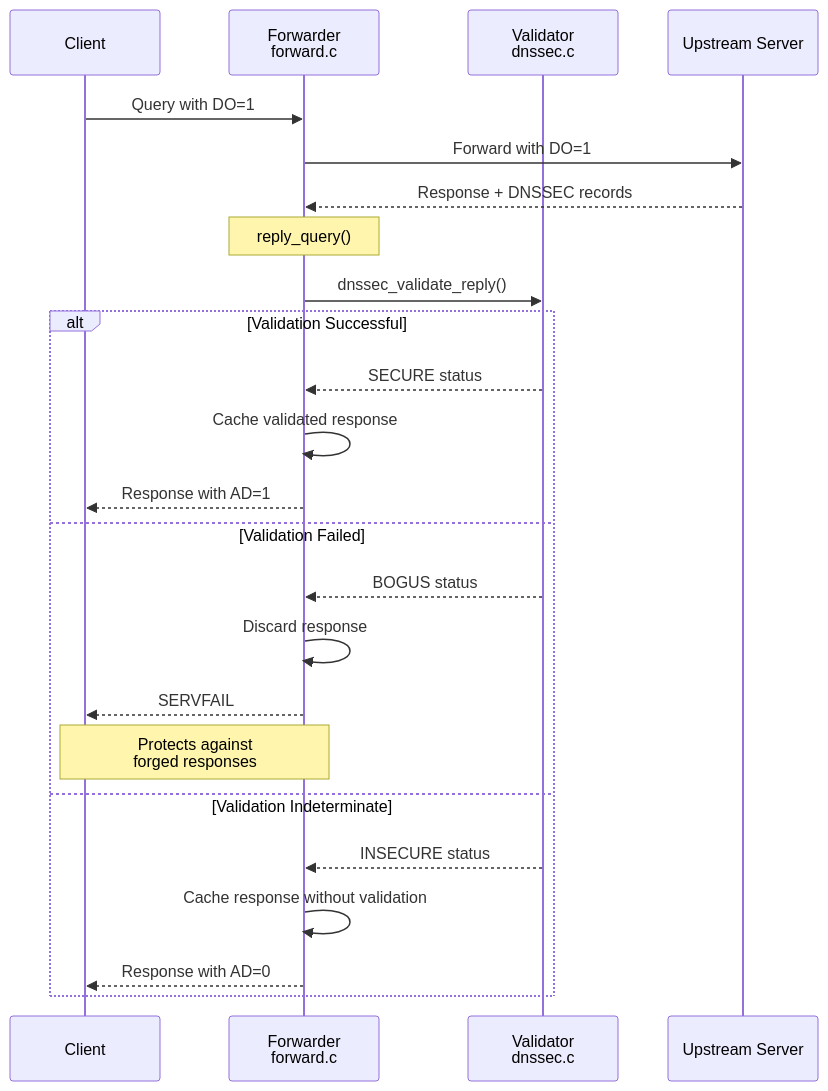
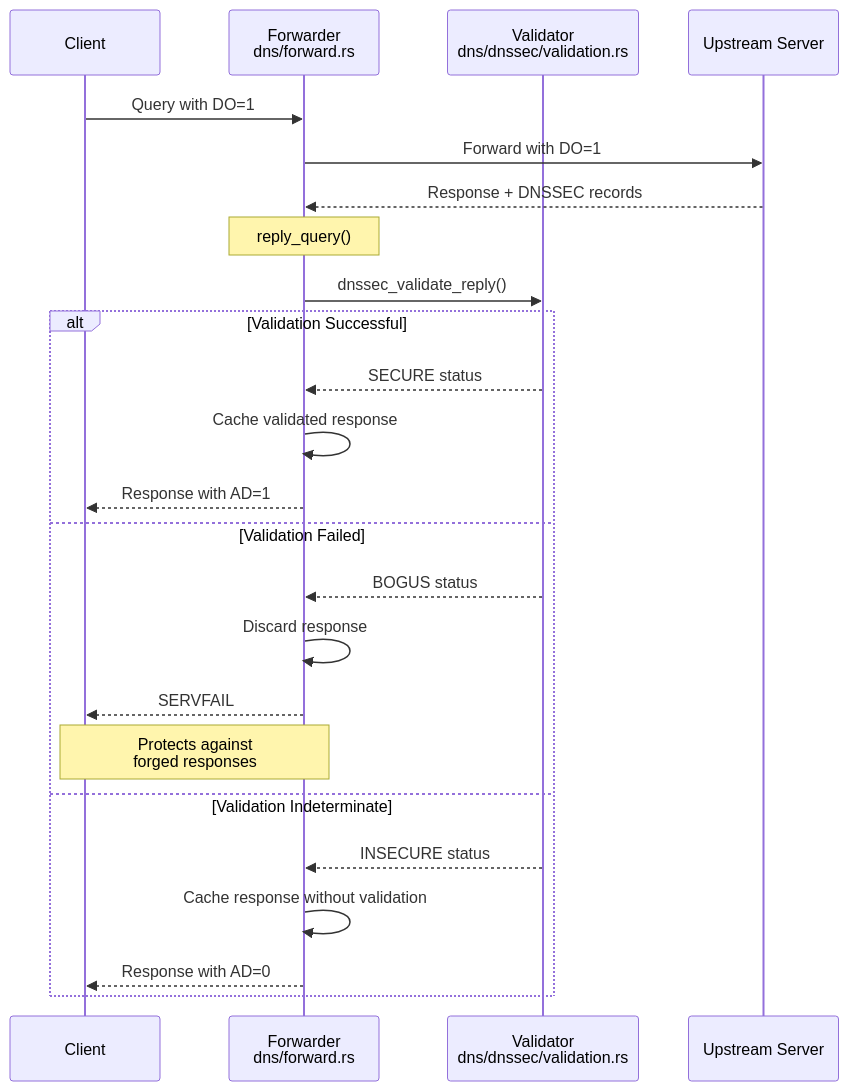
Before and after one commit to blitzy-public-samples/blitzy-dnsmasq: the fourth of 4 diagrams in docs/DNS_FORWARDING.md, drawn with Mermaid. The commit also changed other lines of this file, not shown here.

First line of the commit message:
Update docs/DNS_FORWARDING.md: Replace all C source references with Rust module equivalents

````diff
--- a/docs/DNS_FORWARDING.md
+++ b/docs/DNS_FORWARDING.md
@@ -797,28 +799,28 @@
 ```mermaid
 sequenceDiagram
     participant C as Client
-    participant F as Forwarder<br/>forward.c
-    participant V as Validator<br/>dnssec.c
+    participant F as Forwarder<br/>dns/forward.rs
+    participant V as Validator<br/>dns/dnssec/validation.rs
     participant U as Upstream Server
     
     C->>F: Query with DO=1
     F->>U: Forward with DO=1
     U-->>F: Response + DNSSEC records
     Note over F: reply_query()
     F->>V: dnssec_validate_reply()
     
     alt Validation Successful
         V-->>F: SECURE status
         F->>F: Cache validated response
         F-->>C: Response with AD=1
     else Validation Failed
         V-->>F: BOGUS status
         F->>F: Discard response
         F-->>C: SERVFAIL
         Note over C,F: Protects against<br/>forged responses
     else Validation Indeterminate
         V-->>F: INSECURE status
         F->>F: Cache response without validation
         F-->>C: Response with AD=0
     end
 ```
````
